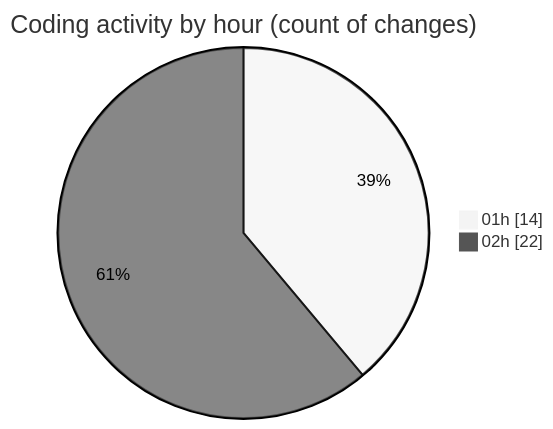
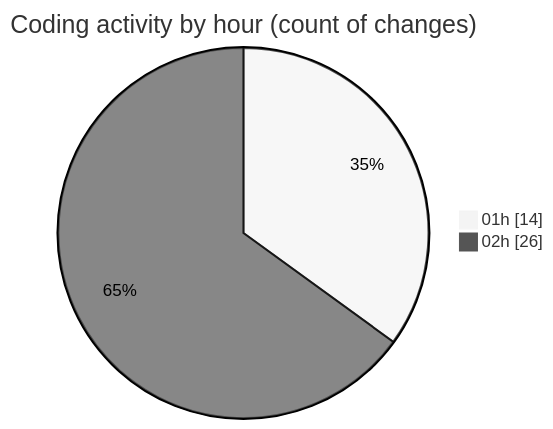
The second of 2 diagrams in 2025-07-13/telebot/README.md (jrari/code-tracking), drawn with Mermaid (neutral theme) before and after one commit. The commit also changed other lines of this file and 1 other file, not shown here.

````diff
--- a/2025-07-13/telebot/README.md
+++ b/2025-07-13/telebot/README.md
@@ -47,6 +49,6 @@
 ```mermaid
 pie showData
 title Coding activity by hour (count of changes)
 "01h" : 14
-"02h" : 22
+"02h" : 26
 ```
````
